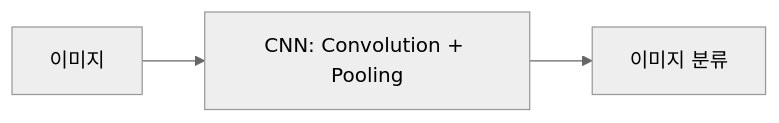
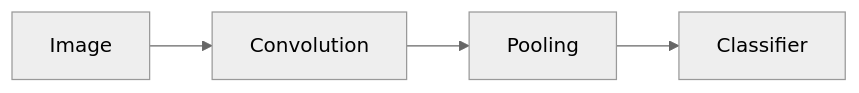
Before and after one commit to sujinchoo/Ai.build.education: the first of 2 diagrams in curriculum/week06.md, drawn with Mermaid (neutral theme). The commit also changed other lines of this file and 23 other files, not shown here.

````diff
--- a/curriculum/week06.md
+++ b/curriculum/week06.md
@@ -15,5 +22,6 @@
 ```mermaid
 flowchart LR
-    IMG[이미지] --> CNN[CNN: Convolution + Pooling]
-    CNN --> CL[이미지 분류]
+    IMG[Image] --> CONV[Convolution]
+    CONV --> POOL[Pooling]
+    POOL --> CLS[Classifier]
 ```
````
